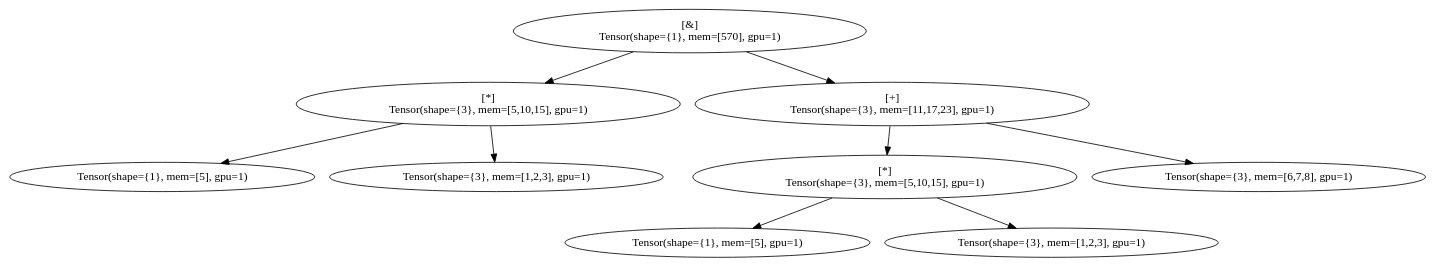
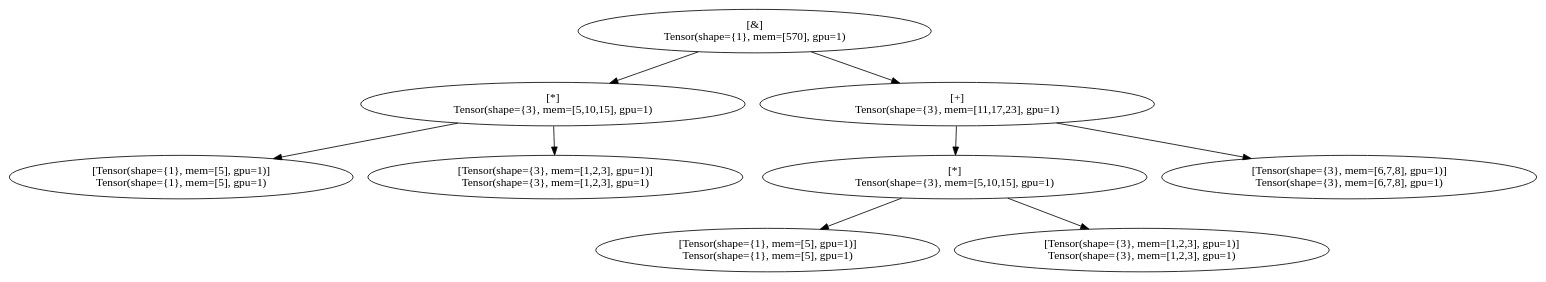
Before and after one commit to MarkusPfundstein/tensorcpp: the diagram in graphs/graph_first_eval_2.dot, drawn with Graphviz. The commit also changed 18 other files, not shown here.

```diff
--- a/graphs/graph_first_eval_2.dot
+++ b/graphs/graph_first_eval_2.dot
@@ -1,19 +1,19 @@
 digraph G {
-MATMUL_Output_0mEeP[label="[&]\nTensor(shape={1}, mem=[570], gpu=1)"]
-MUL_MATMUL_Output_0mEeP_1pGl7[label="[*]\nTensor(shape={3}, mem=[5,10,15], gpu=1)"]
-MATMUL_Output_0mEeP -> MUL_MATMUL_Output_0mEeP_1pGl7
-TENSOR_MUL_MATMUL_Output_0mEeP_1pGl7_2i4hk[label="Tensor(shape={1}, mem=[5], gpu=1)"]
-MUL_MATMUL_Output_0mEeP_1pGl7 -> TENSOR_MUL_MATMUL_Output_0mEeP_1pGl7_2i4hk
-TENSOR_MUL_MATMUL_Output_0mEeP_1pGl7_2tBvO[label="Tensor(shape={3}, mem=[1,2,3], gpu=1)"]
-MUL_MATMUL_Output_0mEeP_1pGl7 -> TENSOR_MUL_MATMUL_Output_0mEeP_1pGl7_2tBvO
-PLUS_MATMUL_Output_0mEeP_1ODQv[label="[+]\nTensor(shape={3}, mem=[11,17,23], gpu=1)"]
-MATMUL_Output_0mEeP -> PLUS_MATMUL_Output_0mEeP_1ODQv
-MUL_PLUS_MATMUL_Output_0mEeP_1ODQv_2dYKR[label="[*]\nTensor(shape={3}, mem=[5,10,15], gpu=1)"]
-PLUS_MATMUL_Output_0mEeP_1ODQv -> MUL_PLUS_MATMUL_Output_0mEeP_1ODQv_2dYKR
-TENSOR_MUL_PLUS_MATMUL_Output_0mEeP_1ODQv_2dYKR_3WOpJ[label="Tensor(shape={1}, mem=[5], gpu=1)"]
-MUL_PLUS_MATMUL_Output_0mEeP_1ODQv_2dYKR -> TENSOR_MUL_PLUS_MATMUL_Output_0mEeP_1ODQv_2dYKR_3WOpJ
-TENSOR_MUL_PLUS_MATMUL_Output_0mEeP_1ODQv_2dYKR_3rRiL[label="Tensor(shape={3}, mem=[1,2,3], gpu=1)"]
-MUL_PLUS_MATMUL_Output_0mEeP_1ODQv_2dYKR -> TENSOR_MUL_PLUS_MATMUL_Output_0mEeP_1ODQv_2dYKR_3rRiL
-TENSOR_PLUS_MATMUL_Output_0mEeP_1ODQv_2zXyL[label="Tensor(shape={3}, mem=[6,7,8], gpu=1)"]
-PLUS_MATMUL_Output_0mEeP_1ODQv -> TENSOR_PLUS_MATMUL_Output_0mEeP_1ODQv_2zXyL
+MATMUL_Output_0kCGQ[label="[&]\nTensor(shape={1}, mem=[570], gpu=1)"]
+MUL_MATMUL_Output_0kCGQ_1ApCB[label="[*]\nTensor(shape={3}, mem=[5,10,15], gpu=1)"]
+MATMUL_Output_0kCGQ -> MUL_MATMUL_Output_0kCGQ_1ApCB
+TENSOR_MUL_MATMUL_Output_0kCGQ_1ApCB_2vm53[label="[Tensor(shape={1}, mem=[5], gpu=1)]\nTensor(shape={1}, mem=[5], gpu=1)"]
+MUL_MATMUL_Output_0kCGQ_1ApCB -> TENSOR_MUL_MATMUL_Output_0kCGQ_1ApCB_2vm53
+TENSOR_MUL_MATMUL_Output_0kCGQ_1ApCB_2GFbf[label="[Tensor(shape={3}, mem=[1,2,3], gpu=1)]\nTensor(shape={3}, mem=[1,2,3], gpu=1)"]
+MUL_MATMUL_Output_0kCGQ_1ApCB -> TENSOR_MUL_MATMUL_Output_0kCGQ_1ApCB_2GFbf
+PLUS_MATMUL_Output_0kCGQ_1xhtE[label="[+]\nTensor(shape={3}, mem=[11,17,23], gpu=1)"]
+MATMUL_Output_0kCGQ -> PLUS_MATMUL_Output_0kCGQ_1xhtE
+MUL_PLUS_MATMUL_Output_0kCGQ_1xhtE_2eI1p[label="[*]\nTensor(shape={3}, mem=[5,10,15], gpu=1)"]
+PLUS_MATMUL_Output_0kCGQ_1xhtE -> MUL_PLUS_MATMUL_Output_0kCGQ_1xhtE_2eI1p
+TENSOR_MUL_PLUS_MATMUL_Output_0kCGQ_1xhtE_2eI1p_3Qsm3[label="[Tensor(shape={1}, mem=[5], gpu=1)]\nTensor(shape={1}, mem=[5], gpu=1)"]
+MUL_PLUS_MATMUL_Output_0kCGQ_1xhtE_2eI1p -> TENSOR_MUL_PLUS_MATMUL_Output_0kCGQ_1xhtE_2eI1p_3Qsm3
+TENSOR_MUL_PLUS_MATMUL_Output_0kCGQ_1xhtE_2eI1p_3eQL4[label="[Tensor(shape={3}, mem=[1,2,3], gpu=1)]\nTensor(shape={3}, mem=[1,2,3], gpu=1)"]
+MUL_PLUS_MATMUL_Output_0kCGQ_1xhtE_2eI1p -> TENSOR_MUL_PLUS_MATMUL_Output_0kCGQ_1xhtE_2eI1p_3eQL4
+TENSOR_PLUS_MATMUL_Output_0kCGQ_1xhtE_2Qone[label="[Tensor(shape={3}, mem=[6,7,8], gpu=1)]\nTensor(shape={3}, mem=[6,7,8], gpu=1)"]
+PLUS_MATMUL_Output_0kCGQ_1xhtE -> TENSOR_PLUS_MATMUL_Output_0kCGQ_1xhtE_2Qone
 }
```
